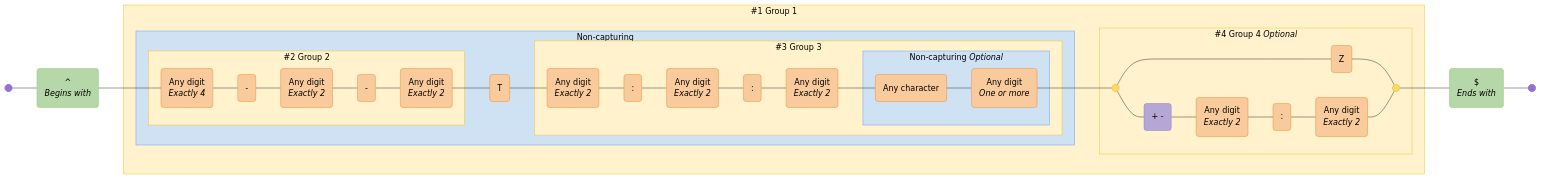
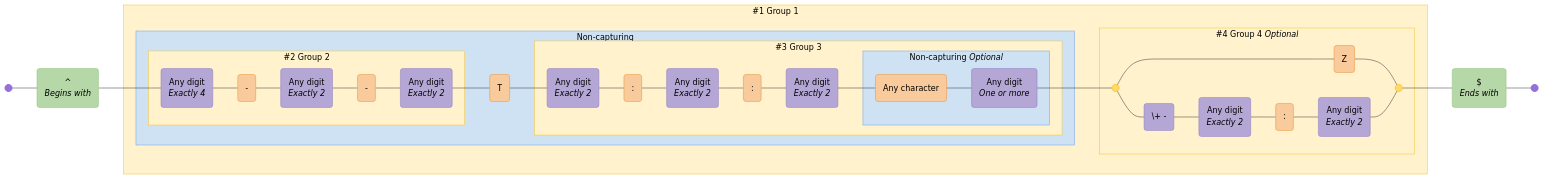
One commit to tayles/regex-to-mermaid changed the diagram in diagrams/datetime-rfc3339.mermaid. Above: the diagram before and after it, drawn with Mermaid. The commit also changed 53 other files, not shown here.

```diff
--- a/diagrams/datetime-rfc3339.mermaid
+++ b/diagrams/datetime-rfc3339.mermaid
@@ -1,118 +1,118 @@
 graph LR
   accTitle: "Regex: /^((?:(\\d{4}-\\d{2}-\\d{2})T(\\d{2}:\\d{2}:\\d{2}(?:\\.\\d+)?))(Z|[\\+-]\\d{2}:\\d{2})?)$/gm"
-  accDescr: "Generated with regex-to-mermaid@1.0.4"
+  accDescr: "Generated with regex-to-mermaid@1.1.0"
 
   %% Nodes
   start@{ shape: f-circ };
   fin@{ shape: f-circ };
   assertion_1("^<br><i>Begins with</i>"):::assertion;
-  literal_1("Any digit<br><i>Exactly 4</i>"):::literal;
+  char_class_1("Any digit<br><i>Exactly 4</i>"):::char-class;
+  literal_1("-"):::literal;
+  char_class_2("Any digit<br><i>Exactly 2</i>"):::char-class;
   literal_2("-"):::literal;
-  literal_3("Any digit<br><i>Exactly 2</i>"):::literal;
-  literal_4("-"):::literal;
-  literal_5("Any digit<br><i>Exactly 2</i>"):::literal;
-  literal_6("T"):::literal;
-  literal_7("Any digit<br><i>Exactly 2</i>"):::literal;
-  literal_8(":"):::literal;
-  literal_9("Any digit<br><i>Exactly 2</i>"):::literal;
-  literal_10(":"):::literal;
-  literal_11("Any digit<br><i>Exactly 2</i>"):::literal;
-  literal_12("Any character"):::literal;
-  literal_13("Any digit<br><i>One or more</i>"):::literal;
+  char_class_3("Any digit<br><i>Exactly 2</i>"):::char-class;
+  literal_3("T"):::literal;
+  char_class_4("Any digit<br><i>Exactly 2</i>"):::char-class;
+  literal_4(":"):::literal;
+  char_class_5("Any digit<br><i>Exactly 2</i>"):::char-class;
+  literal_5(":"):::literal;
+  char_class_6("Any digit<br><i>Exactly 2</i>"):::char-class;
+  literal_6("Any character"):::literal;
+  char_class_7("Any digit<br><i>One or more</i>"):::char-class;
   disjunction_begin_1:::disjunction@{ shape: f-circ };
   disjunction_end_1:::disjunction@{ shape: f-circ };
-  literal_14("Z"):::literal;
-  char_class_1("+ -"):::char-class;
-  literal_15("Any digit<br><i>Exactly 2</i>"):::literal;
-  literal_16(":"):::literal;
-  literal_17("Any digit<br><i>Exactly 2</i>"):::literal;
+  literal_7("Z"):::literal;
+  char_class_8("\+ -"):::char-class;
+  char_class_9("Any digit<br><i>Exactly 2</i>"):::char-class;
+  literal_8(":"):::literal;
+  char_class_10("Any digit<br><i>Exactly 2</i>"):::char-class;
   assertion_2("$<br><i>Ends with</i>"):::assertion;
 
   %% Subgraphs
   subgraph standard_2 ["#2 Group 2"]
+    char_class_1
     literal_1
+    char_class_2
     literal_2
-    literal_3
-    literal_4
-    literal_5
+    char_class_3
   end
 
   subgraph non_capturing_2 ["Non-capturing <i>Optional</i>"]
-    literal_12
-    literal_13
+    literal_6
+    char_class_7
   end
 
   subgraph standard_3 ["#3 Group 3"]
     non_capturing_2
-    literal_7
-    literal_8
-    literal_9
-    literal_10
-    literal_11
+    char_class_4
+    literal_4
+    char_class_5
+    literal_5
+    char_class_6
   end
 
   subgraph non_capturing_1 ["Non-capturing"]
     standard_2
     non_capturing_2
     standard_3
-    literal_6
+    literal_3
   end
 
   subgraph standard_4 ["#4 Group 4 <i>Optional</i>"]
     disjunction_begin_1
     disjunction_end_1
-    literal_14
-    char_class_1
-    literal_15
-    literal_16
-    literal_17
+    literal_7
+    char_class_8
+    char_class_9
+    literal_8
+    char_class_10
   end
 
   subgraph standard_1 ["#1 Group 1"]
     standard_2
     non_capturing_2
     standard_3
     non_capturing_1
     standard_4
   end
 
   %% Edges
   start --- assertion_1;
-  assertion_1 --- literal_1;
-  literal_1 --- literal_2;
-  literal_2 --- literal_3;
-  literal_3 --- literal_4;
-  literal_4 --- literal_5;
-  literal_5 --- literal_6;
-  literal_6 --- literal_7;
-  literal_7 --- literal_8;
-  literal_8 --- literal_9;
-  literal_9 --- literal_10;
-  literal_10 --- literal_11;
-  literal_11 --- literal_12;
-  literal_12 --- literal_13;
-  literal_13 --- disjunction_begin_1;
-  disjunction_begin_1 --- literal_14;
-  literal_14 --- disjunction_end_1;
-  disjunction_begin_1 --- char_class_1;
-  char_class_1 --- literal_15;
-  literal_15 --- literal_16;
-  literal_16 --- literal_17;
-  literal_17 --- disjunction_end_1;
+  assertion_1 --- char_class_1;
+  char_class_1 --- literal_1;
+  literal_1 --- char_class_2;
+  char_class_2 --- literal_2;
+  literal_2 --- char_class_3;
+  char_class_3 --- literal_3;
+  literal_3 --- char_class_4;
+  char_class_4 --- literal_4;
+  literal_4 --- char_class_5;
+  char_class_5 --- literal_5;
+  literal_5 --- char_class_6;
+  char_class_6 --- literal_6;
+  literal_6 --- char_class_7;
+  char_class_7 --- disjunction_begin_1;
+  disjunction_begin_1 --- literal_7;
+  literal_7 --- disjunction_end_1;
+  disjunction_begin_1 --- char_class_8;
+  char_class_8 --- char_class_9;
+  char_class_9 --- literal_8;
+  literal_8 --- char_class_10;
+  char_class_10 --- disjunction_end_1;
   disjunction_end_1 --- assertion_2;
   assertion_2 --- fin;
 
   %% Styles
   %% Node Styling
   classDef assertion fill:#B6D7A8,stroke:#93C47D,color:#000000;
+  classDef char-class fill:#B4A7D6,stroke:#8E7CC3,color:#000000;
   classDef literal fill:#F9CB9C,stroke:#E69138,color:#000000;
   classDef disjunction fill:#FFD966,stroke:#F1C232,color:#000000;
-  classDef char-class fill:#B4A7D6,stroke:#8E7CC3,color:#000000;
 
   %% Group Styling
   classDef standard fill:#FFF2CC,stroke:#F1C232,color:#000000;
   classDef non-capturing fill:#CFE2F3,stroke:#6D9EEB,color:#000000;
 
   %% Apply Group Classes
   class standard_2,standard_3,standard_4,standard_1 standard;
   class non_capturing_2,non_capturing_1 non-capturing;
```
